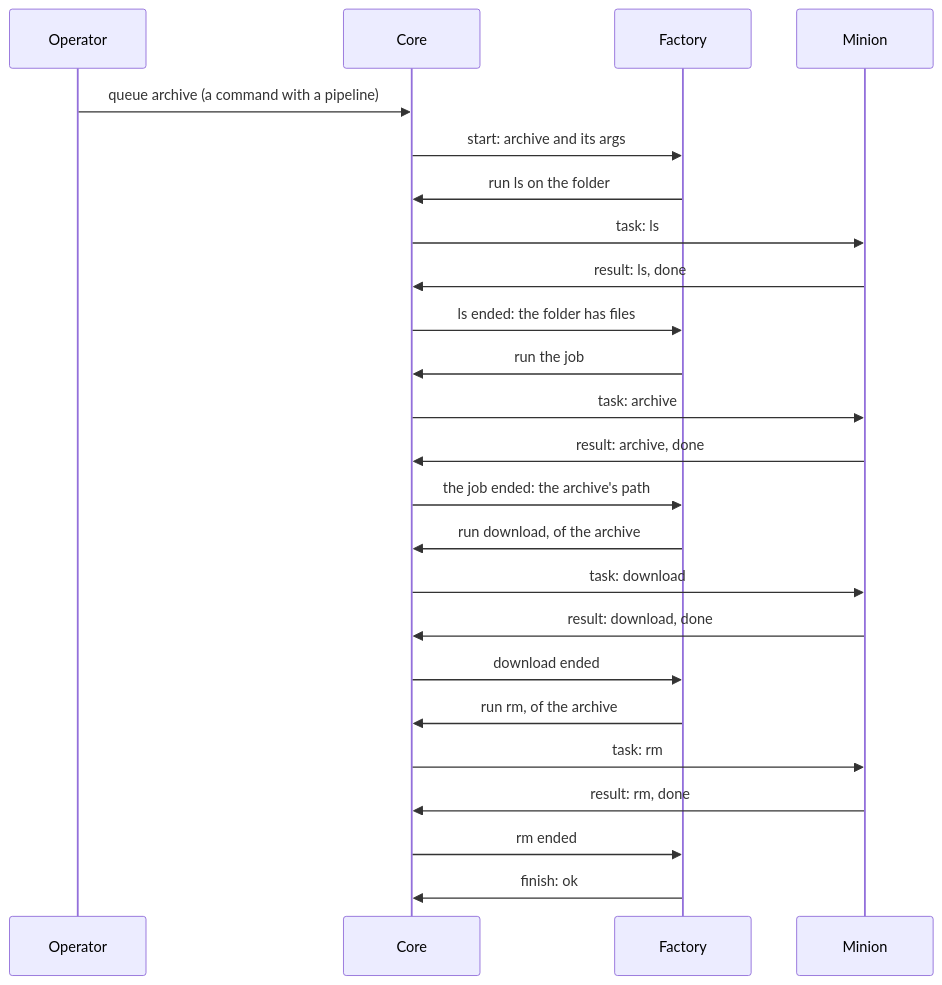
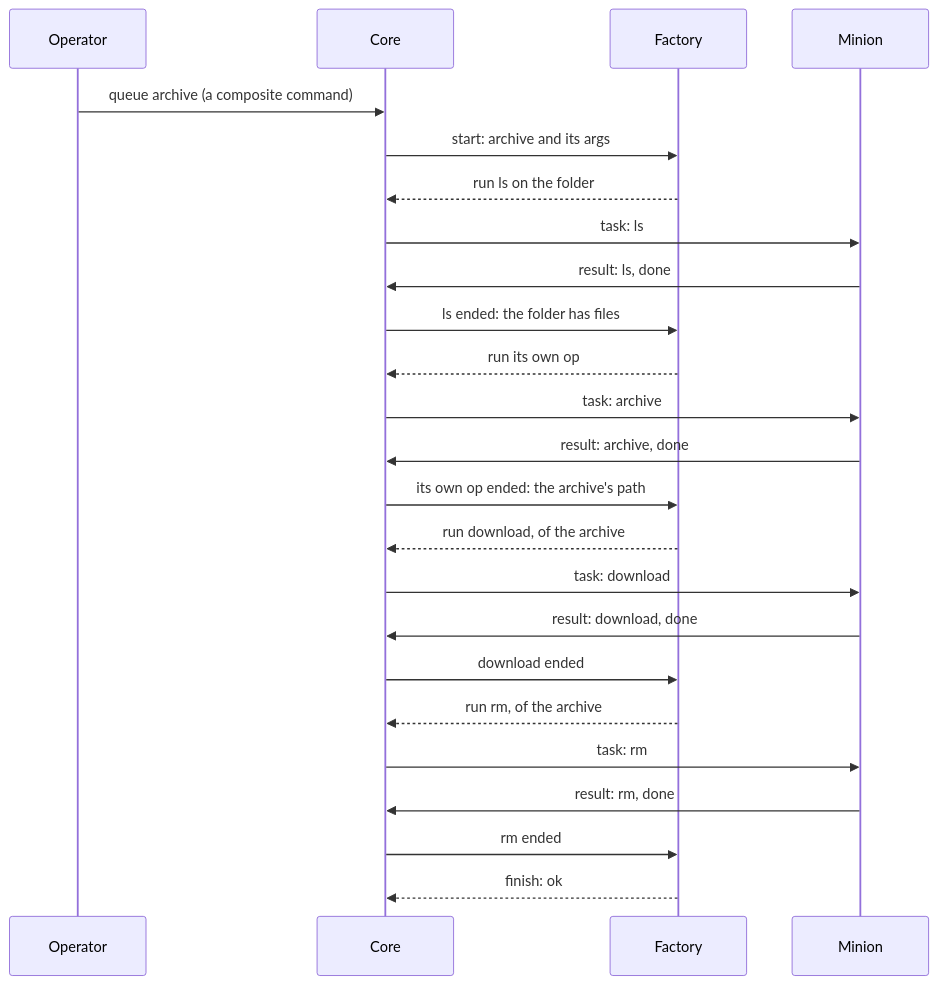
Before and after one commit to LogosCore/logos-docs: the diagram in src/content/docs/contracts/task-outsourcing.md, drawn with Mermaid. The commit also changed other lines of this file and 4 other files, not shown here.

````diff
--- a/src/content/docs/contracts/task-outsourcing.md
+++ b/src/content/docs/contracts/task-outsourcing.md
@@ -29,26 +30,26 @@
 ```mermaid
 sequenceDiagram
     participant O as Operator
     participant C as Core
     participant F as Factory
     participant M as Minion
-    O->>C: queue archive (a command with a pipeline)
+    O->>C: queue archive (a composite command)
     C->>F: start: archive and its args
-    F->>C: run ls on the folder
+    F-->>C: run ls on the folder
     C->>M: task: ls
     M->>C: result: ls, done
     C->>F: ls ended: the folder has files
-    F->>C: run the job
+    F-->>C: run its own op
     C->>M: task: archive
     M->>C: result: archive, done
-    C->>F: the job ended: the archive's path
-    F->>C: run download, of the archive
+    C->>F: its own op ended: the archive's path
+    F-->>C: run download, of the archive
     C->>M: task: download
     M->>C: result: download, done
     C->>F: download ended
-    F->>C: run rm, of the archive
+    F-->>C: run rm, of the archive
     C->>M: task: rm
     M->>C: result: rm, done
     C->>F: rm ended
-    F->>C: finish: ok
+    F-->>C: finish: ok
 ```
````
